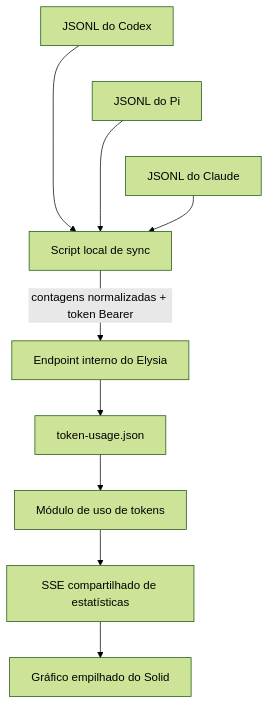
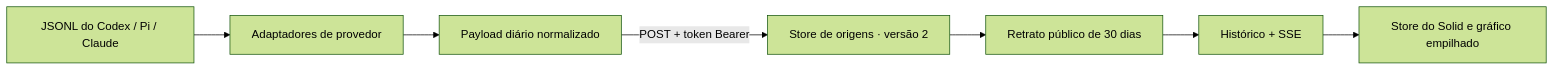
One commit to ErickCReis/ErickCReis changed the diagram in web/content/blog/agent-token-usage-as-a-first-class-stat.pt-BR.mdx. Above: the diagram before and after it, drawn with Mermaid (forest theme). The commit also changed other lines of this file and 33 other files, not shown here.

````diff
--- a/web/content/blog/agent-token-usage-as-a-first-class-stat.pt-BR.mdx
+++ b/web/content/blog/agent-token-usage-as-a-first-class-stat.pt-BR.mdx
@@ -16,12 +12,9 @@
 ```mermaid center
-flowchart TB
-  Codex["JSONL do Codex"] --> Local["Script local de sync"]
-  Pi["JSONL do Pi"] --> Local
-  Claude["JSONL do Claude"] --> Local
-  Codex ~~~ Pi ~~~ Claude
-  Local -->|"contagens normalizadas + token Bearer"| Endpoint["Endpoint interno do Elysia"]
-  Endpoint --> File["token-usage.json"]
-  File --> Module["Módulo de uso de tokens"]
-  Module --> SSE["SSE compartilhado de estatísticas"]
-  SSE --> Panel["Gráfico empilhado do Solid"]
+flowchart LR
+  Logs["JSONL do Codex / Pi / Claude"] --> Adapters["Adaptadores de provedor"]
+  Adapters --> Daily["Payload diário normalizado"]
+  Daily -->|"POST + token Bearer"| Store["Store de origens · versão 2"]
+  Store --> Snapshot["Retrato público de 30 dias"]
+  Snapshot --> Transport["Histórico + SSE"]
+  Transport --> Panel["Store do Solid e gráfico empilhado"]
 ```
````
